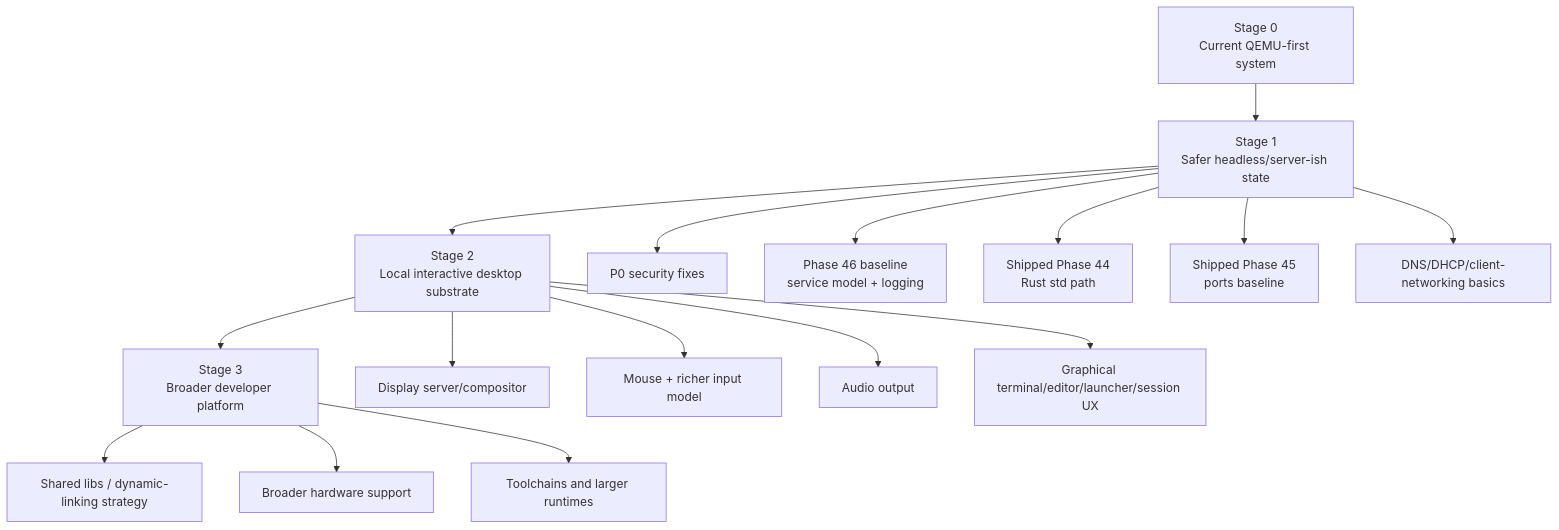
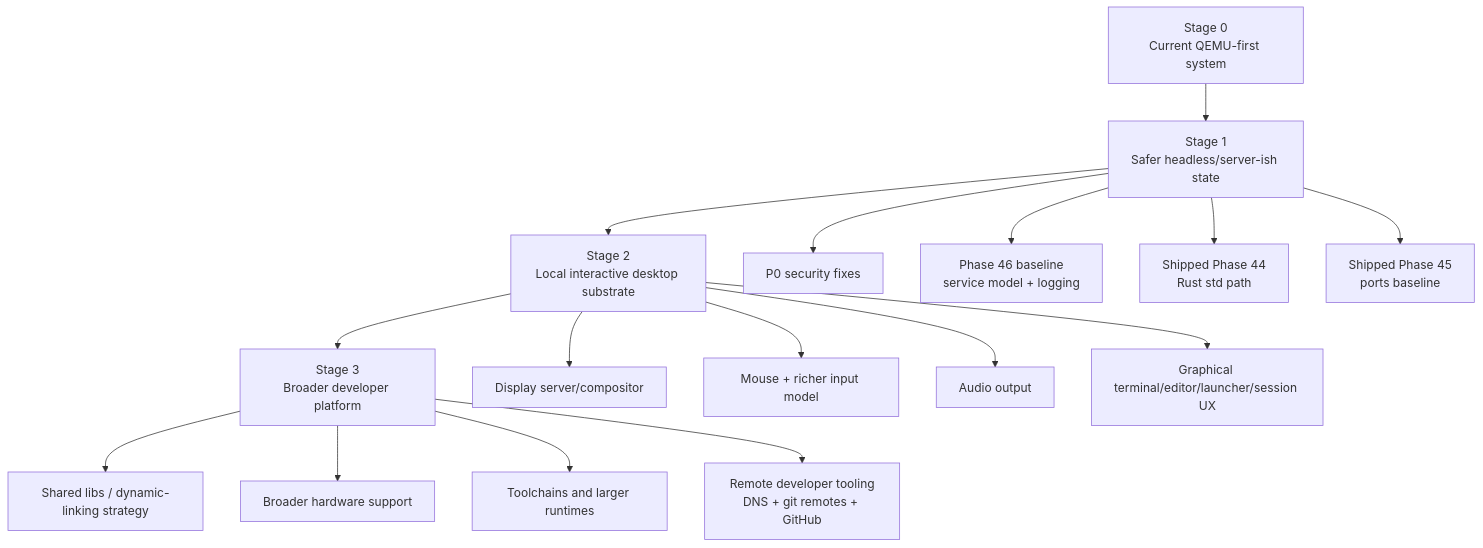
The diagram in docs/evaluation/usability-roadmap.md (mikecubed/m3OS), drawn with Mermaid before and after one commit. The commit also changed other lines of this file and 38 other files, not shown here.

First line of the commit message:
docs: rewrite post-46 official roadmap

````diff
--- a/docs/evaluation/usability-roadmap.md
+++ b/docs/evaluation/usability-roadmap.md
@@ -16,21 +16,20 @@
 ```mermaid
 flowchart TD
     S0["Stage 0<br/>Current QEMU-first system"] --> S1["Stage 1<br/>Safer headless/server-ish state"]
     S1 --> S2["Stage 2<br/>Local interactive desktop substrate"]
     S2 --> S3["Stage 3<br/>Broader developer platform"]
 
     S1 --> SEC["P0 security fixes"]
     S1 --> SERV["Phase 46 baseline<br/>service model + logging"]
     S1 --> R44["Shipped Phase 44<br/>Rust std path"]
     S1 --> PKG["Shipped Phase 45<br/>ports baseline"]
-    S1 --> NET["DNS/DHCP/client-networking basics"]
-
     S2 --> DISP["Display server/compositor"]
     S2 --> INPUT["Mouse + richer input model"]
     S2 --> AUDIO["Audio output"]
     S2 --> APPS["Graphical terminal/editor/launcher/session UX"]
 
     S3 --> DYNLIB["Shared libs / dynamic-linking strategy"]
     S3 --> HW["Broader hardware support"]
     S3 --> TOOL["Toolchains and larger runtimes"]
+    S3 --> REMOTE["Remote developer tooling<br/>DNS + git remotes + GitHub"]
 ```
````
